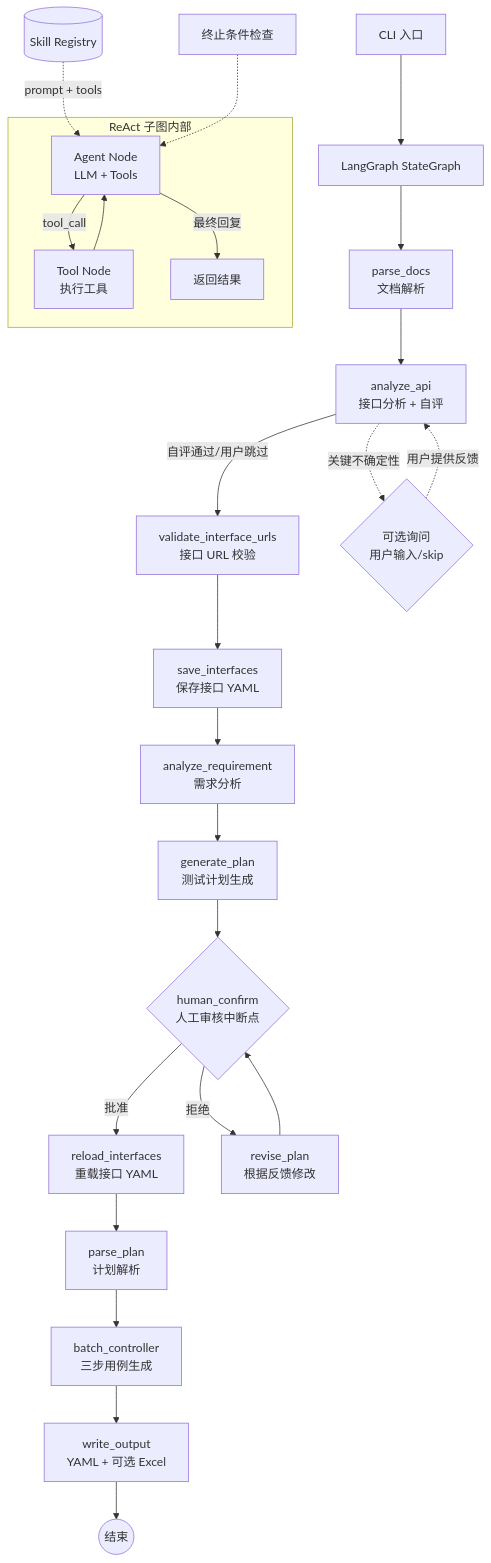
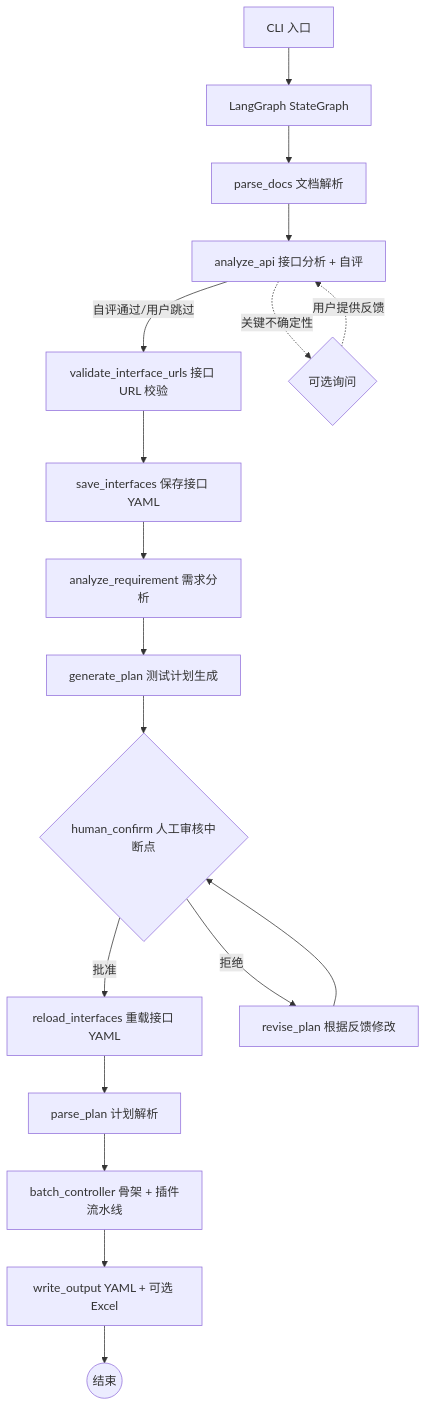
Before and after one commit to Remon-16/flow-forge: the diagram in agent/README.md, drawn with Mermaid. The commit also changed other lines of this file and 48 other files, not shown here.

````diff
--- a/agent/README.md
+++ b/agent/README.md
@@ -9,29 +9,20 @@
 ```mermaid
 graph TD
     CLI[CLI 入口] --> GRAPH[LangGraph StateGraph]
-    GRAPH --> PARSE[parse_docs<br/>文档解析]
-    PARSE --> ANALYZE_API[analyze_api<br/>接口分析 + 自评]
-    ANALYZE_API -->|自评通过/用户跳过| VALIDATE_URLS[validate_interface_urls<br/>接口 URL 校验]
-    ANALYZE_API -.->|关键不确定性| API_ASK{可选询问<br/>用户输入/skip}
+    GRAPH --> PARSE[parse_docs 文档解析]
+    PARSE --> ANALYZE_API[analyze_api 接口分析 + 自评]
+    ANALYZE_API -->|自评通过/用户跳过| VALIDATE_URLS[validate_interface_urls 接口 URL 校验]
+    ANALYZE_API -.->|关键不确定性| API_ASK{可选询问}
     API_ASK -.->|用户提供反馈| ANALYZE_API
-    VALIDATE_URLS --> SAVE_IFACES[save_interfaces<br/>保存接口 YAML]
-    SAVE_IFACES --> ANALYZE_REQ[analyze_requirement<br/>需求分析]
-    ANALYZE_REQ --> GEN_PLAN[generate_plan<br/>测试计划生成]
-    GEN_PLAN --> CONFIRM{human_confirm<br/>人工审核中断点}
-    CONFIRM -->|批准| RELOAD_IFACES[reload_interfaces<br/>重载接口 YAML]
-    CONFIRM -->|拒绝| REVISE[revise_plan<br/>根据反馈修改]
+    VALIDATE_URLS --> SAVE_IFACES[save_interfaces 保存接口 YAML]
+    SAVE_IFACES --> ANALYZE_REQ[analyze_requirement 需求分析]
+    ANALYZE_REQ --> GEN_PLAN[generate_plan 测试计划生成]
+    GEN_PLAN --> CONFIRM{human_confirm 人工审核中断点}
+    CONFIRM -->|批准| RELOAD_IFACES[reload_interfaces 重载接口 YAML]
+    CONFIRM -->|拒绝| REVISE[revise_plan 根据反馈修改]
     REVISE --> CONFIRM
-    RELOAD_IFACES --> PARSE_PLAN[parse_plan<br/>计划解析]
-    PARSE_PLAN --> BATCH[batch_controller<br/>三步用例生成]
-    BATCH --> WRITE[write_output<br/>YAML + 可选 Excel]
+    RELOAD_IFACES --> PARSE_PLAN[parse_plan 计划解析]
+    PARSE_PLAN --> BATCH[batch_controller 骨架 + 插件流水线]
+    BATCH --> WRITE[write_output YAML + 可选 Excel]
     WRITE --> END((结束))
-
-    subgraph ReAct 子图内部
-        AGENT[Agent Node<br/>LLM + Tools] -->|tool_call| TOOLS[Tool Node<br/>执行工具]
-        TOOLS --> AGENT
-        AGENT -->|最终回复| DONE[返回结果]
-    end
-
-    SKILLS[(Skill Registry)] -.->|prompt + tools| AGENT
-    TERM[终止条件检查] -.-> AGENT
 ```
````
